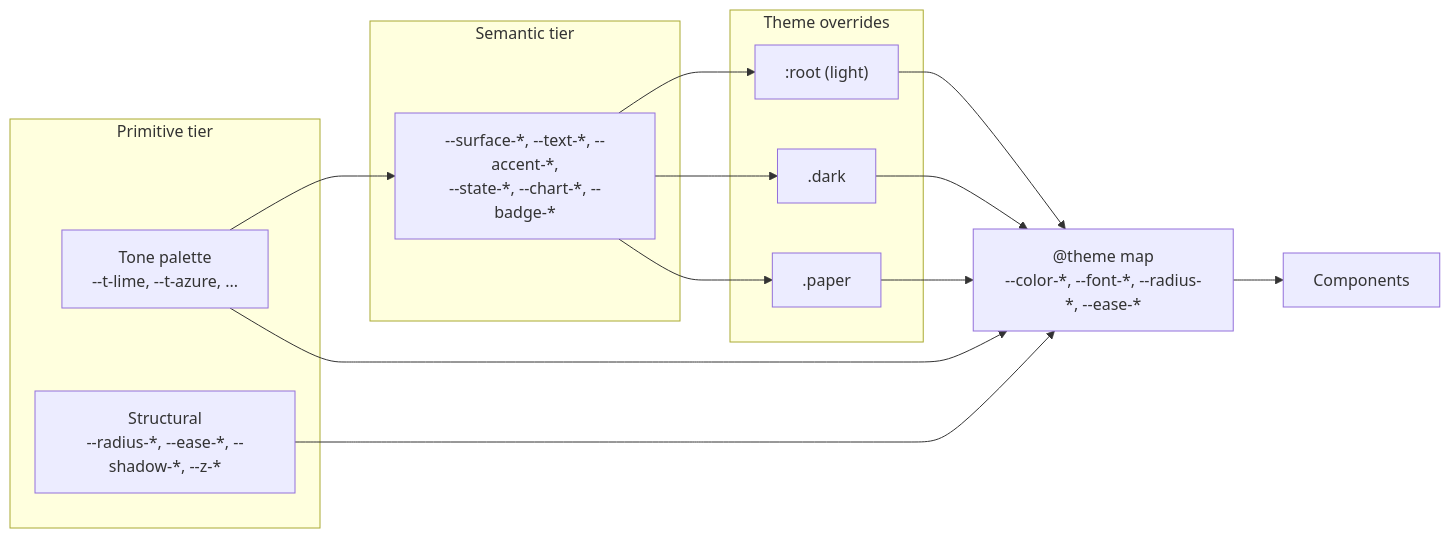
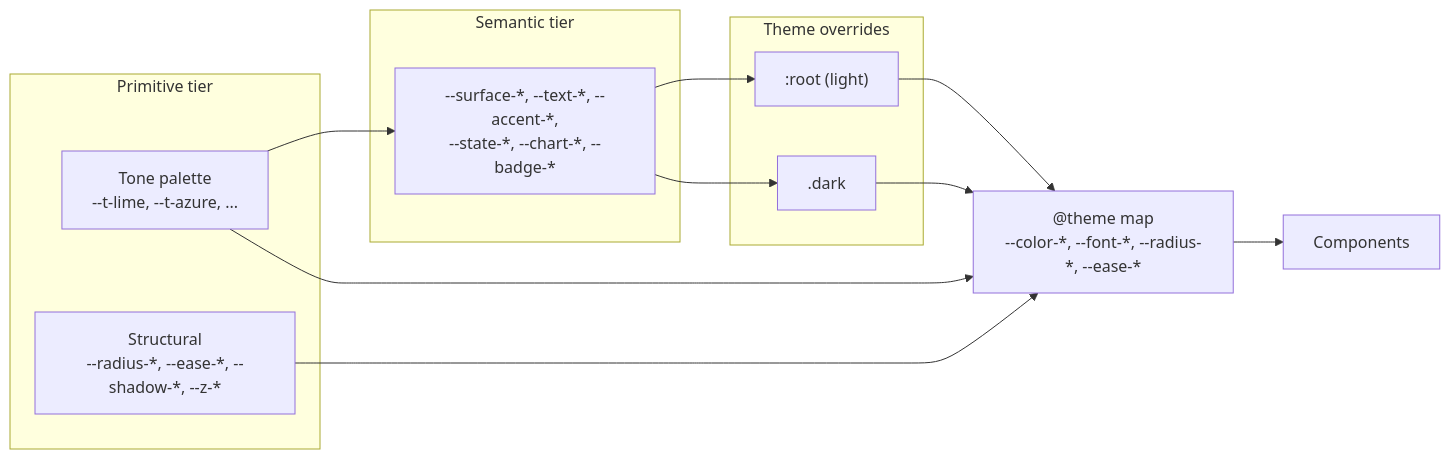
The diagram in docs/design-tokens.md (anchildress1/dev-community-dashboard), drawn with Mermaid before and after one commit. The commit also changed other lines of this file and 4 other files, not shown here.

````diff
--- a/docs/design-tokens.md
+++ b/docs/design-tokens.md
@@ -11,29 +11,26 @@
 ```mermaid
 flowchart LR
   accTitle: Design token cascade
   accDescr: Primitive tone palette and structural tokens feed semantic tokens, which feed theme overrides and the Tailwind @theme map consumed by components.
   subgraph P[Primitive tier]
     T["Tone palette<br/>--t-lime, --t-azure, ..."]
     ST["Structural<br/>--radius-*, --ease-*, --shadow-*, --z-*"]
   end
   subgraph SEM[Semantic tier]
     C["--surface-*, --text-*, --accent-*,<br/>--state-*, --chart-*, --badge-*"]
   end
   subgraph TH[Theme overrides]
     L[":root (light)"]
     D[".dark"]
-    PA[".paper"]
   end
   TW["@theme map<br/>--color-*, --font-*, --radius-*, --ease-*"]
   CMP[Components]
   T --> C
   C --> L
   C --> D
-  C --> PA
   T --> TW
   ST --> TW
   L --> TW
   D --> TW
-  PA --> TW
   TW --> CMP
 ```
````
